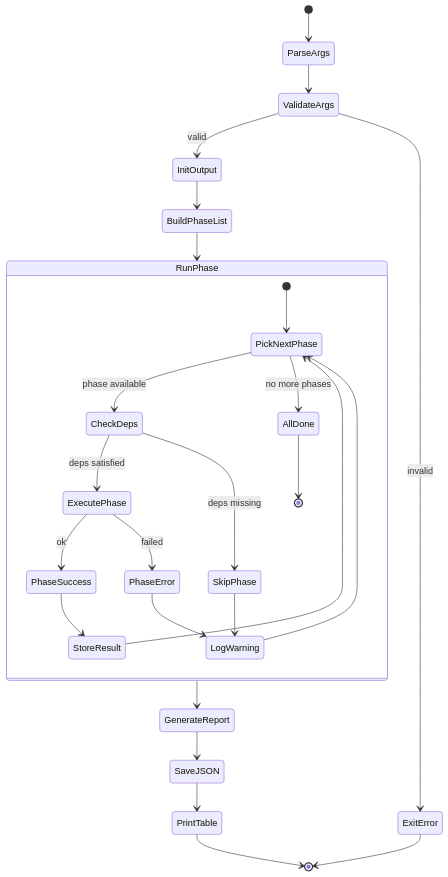
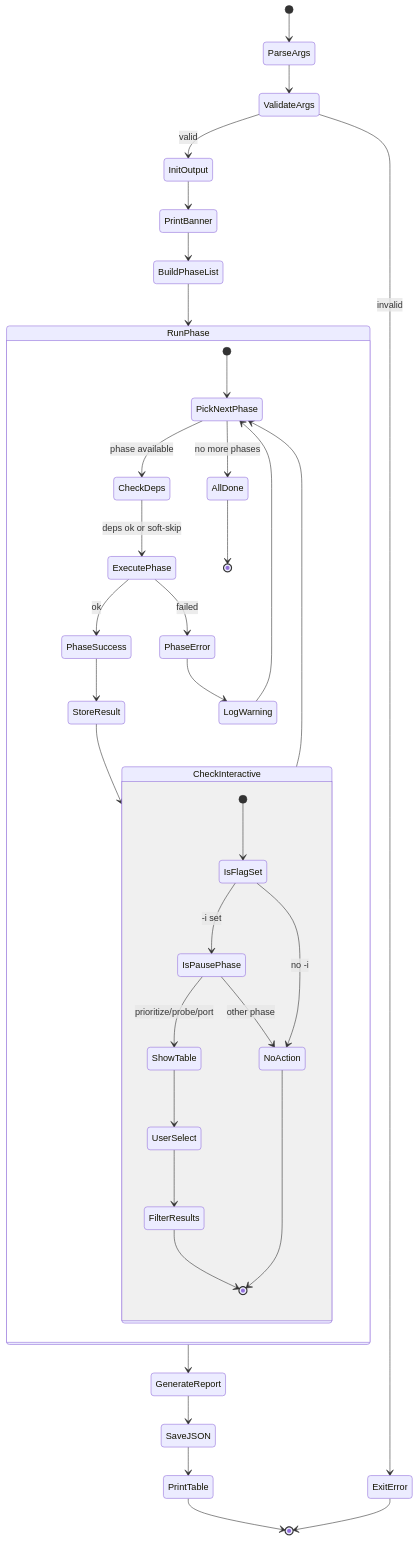
The first of 12 diagrams in state_machines.md (minhnnptit/reconrisk), drawn with Mermaid before and after one commit. The commit also changed other lines of this file and 9 other files, not shown here.

````diff
--- a/state_machines.md
+++ b/state_machines.md
@@ -11,38 +9,48 @@
 ```mermaid
 stateDiagram-v2
     [*] --> ParseArgs
     ParseArgs --> ValidateArgs
     ValidateArgs --> InitOutput : valid
     ValidateArgs --> ExitError : invalid
 
-    InitOutput --> BuildPhaseList
+    InitOutput --> PrintBanner
+    PrintBanner --> BuildPhaseList
     BuildPhaseList --> RunPhase
 
     state RunPhase {
         [*] --> PickNextPhase
         PickNextPhase --> CheckDeps : phase available
         PickNextPhase --> AllDone : no more phases
 
-        CheckDeps --> ExecutePhase : deps satisfied
-        CheckDeps --> SkipPhase : deps missing
-
+        CheckDeps --> ExecutePhase : deps ok or soft-skip
         ExecutePhase --> PhaseSuccess : ok
         ExecutePhase --> PhaseError : failed
 
         PhaseSuccess --> StoreResult
         PhaseError --> LogWarning
-        SkipPhase --> LogWarning
 
-        StoreResult --> PickNextPhase
+        StoreResult --> CheckInteractive
+        
+        state CheckInteractive {
+            [*] --> IsFlagSet
+            IsFlagSet --> IsPausePhase : -i set
+            IsFlagSet --> NoAction : no -i
+            IsPausePhase --> ShowTable : prioritize/probe/port
+            IsPausePhase --> NoAction : other phase
+            ShowTable --> UserSelect
+            UserSelect --> FilterResults
+            FilterResults --> [*]
+            NoAction --> [*]
+        }
+
+        CheckInteractive --> PickNextPhase
         LogWarning --> PickNextPhase
-
         AllDone --> [*]
     }
 
     RunPhase --> GenerateReport
     GenerateReport --> SaveJSON
     SaveJSON --> PrintTable
     PrintTable --> [*]
-
     ExitError --> [*]
 ```
````
